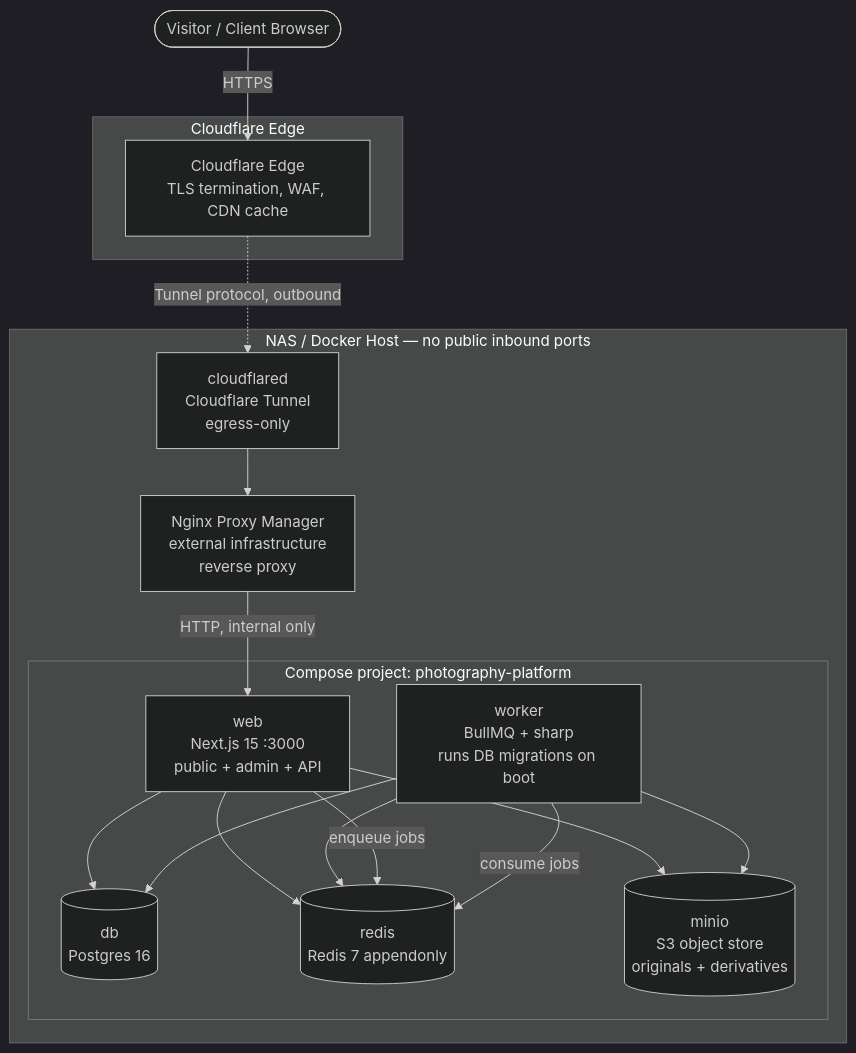
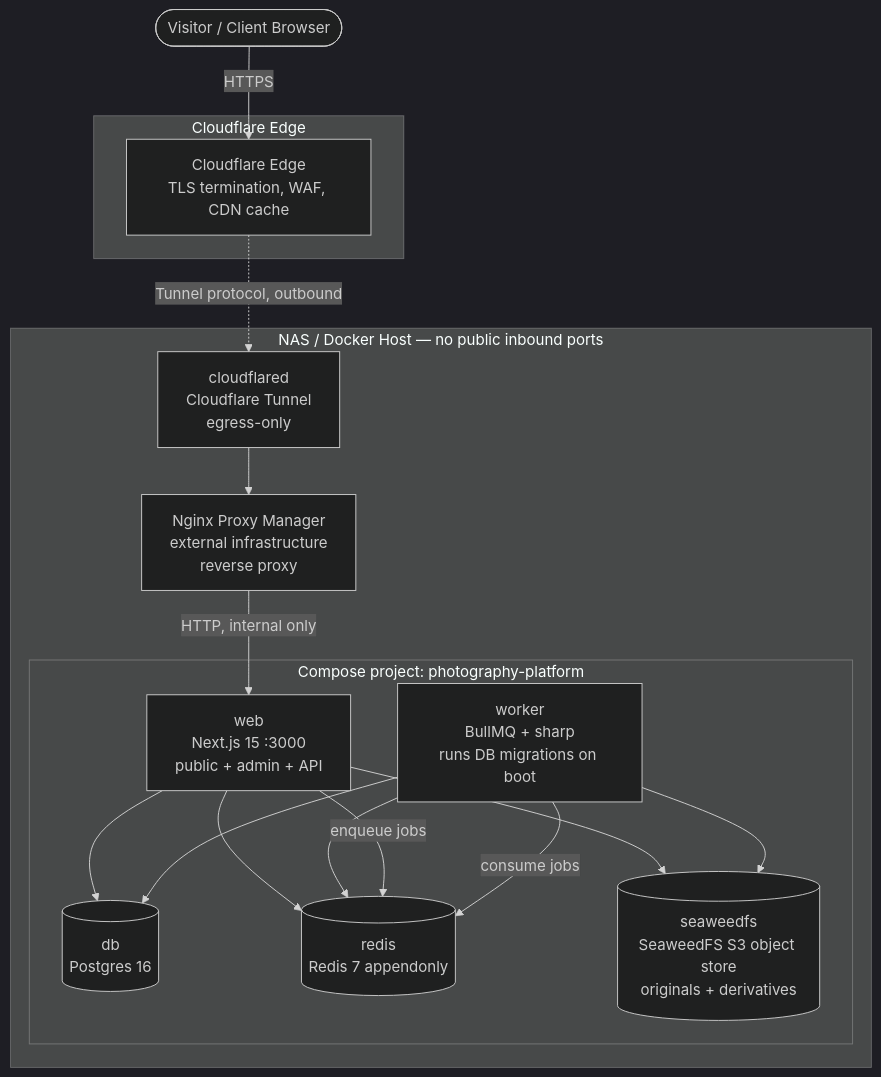
The diagram in docs/DEPLOYMENT.md (t0n003c/photography-platform), drawn with Mermaid (dark theme) before and after one commit. The commit also changed other lines of this file and 12 other files, not shown here.

First line of the commit message:
feat(storage): swap MinIO -> SeaweedFS (Apache-2.0), verified end-to-end

````diff
--- a/docs/DEPLOYMENT.md
+++ b/docs/DEPLOYMENT.md
@@ -11,35 +11,35 @@
 ```mermaid
 flowchart TD
     User([Visitor / Client Browser])
 
     subgraph CF[Cloudflare Edge]
         Edge[Cloudflare Edge<br/>TLS termination, WAF, CDN cache]
     end
     User -->|HTTPS| Edge
 
     subgraph NAS[NAS / Docker Host — no public inbound ports]
         Tunnel[cloudflared<br/>Cloudflare Tunnel<br/>egress-only]
         NPM[Nginx Proxy Manager<br/>external infrastructure<br/>reverse proxy]
 
         subgraph Compose[Compose project: photography-platform]
             Web[web<br/>Next.js 15 :3000<br/>public + admin + API]
             Worker[worker<br/>BullMQ + sharp<br/>runs DB migrations on boot]
             DB[(db<br/>Postgres 16)]
             Redis[(redis<br/>Redis 7 appendonly)]
-            MinIO[(minio<br/>S3 object store<br/>originals + derivatives)]
+            MinIO[(seaweedfs<br/>SeaweedFS S3 object store<br/>originals + derivatives)]
         end
     end
 
     Edge -.->|Tunnel protocol, outbound| Tunnel
     Tunnel --> NPM
     NPM -->|HTTP, internal only| Web
 
     Web --> DB
     Web --> Redis
     Web --> MinIO
     Worker --> DB
     Worker --> Redis
     Worker --> MinIO
     Web -->|enqueue jobs| Redis
     Worker -->|consume jobs| Redis
 ```
````
